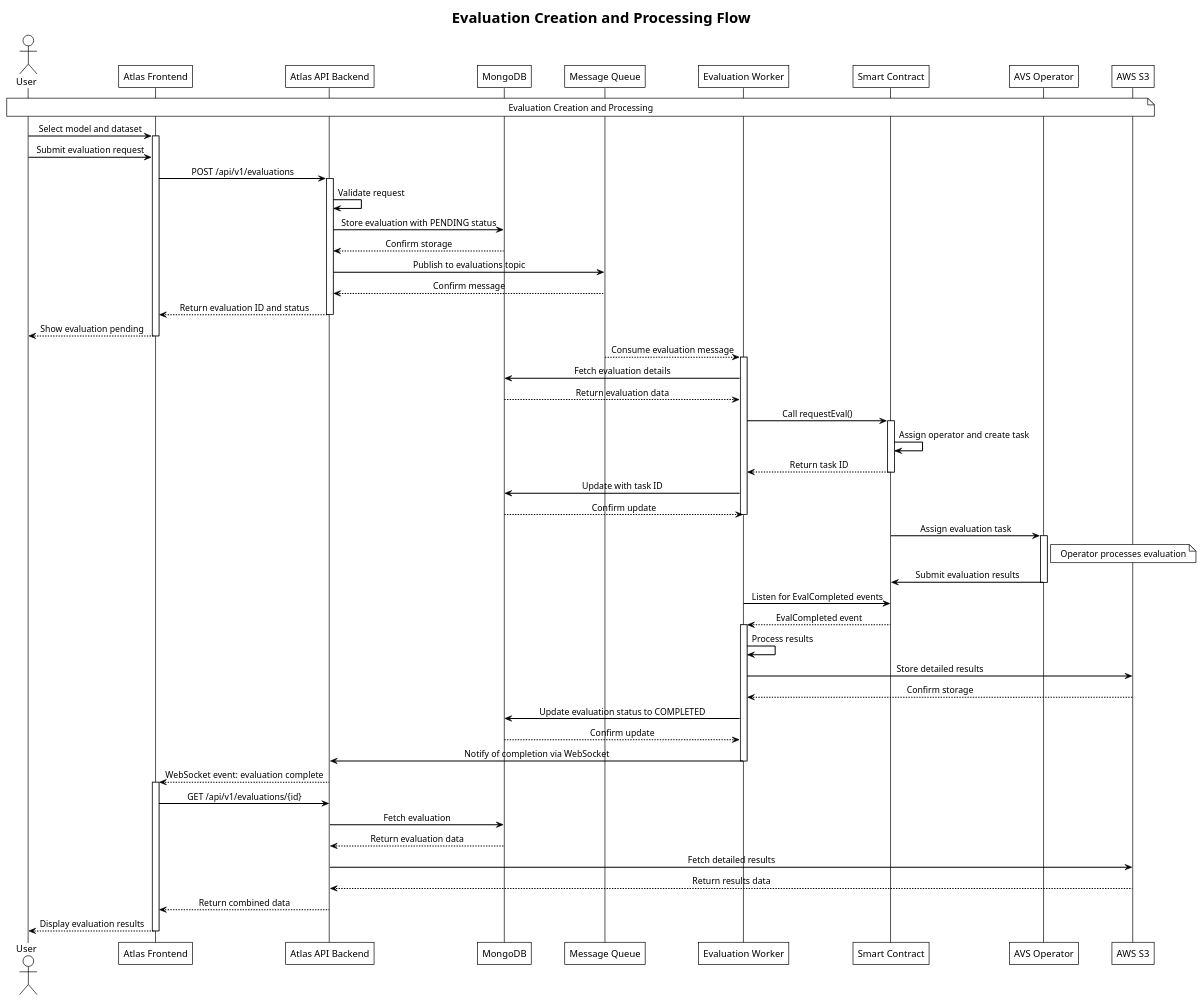
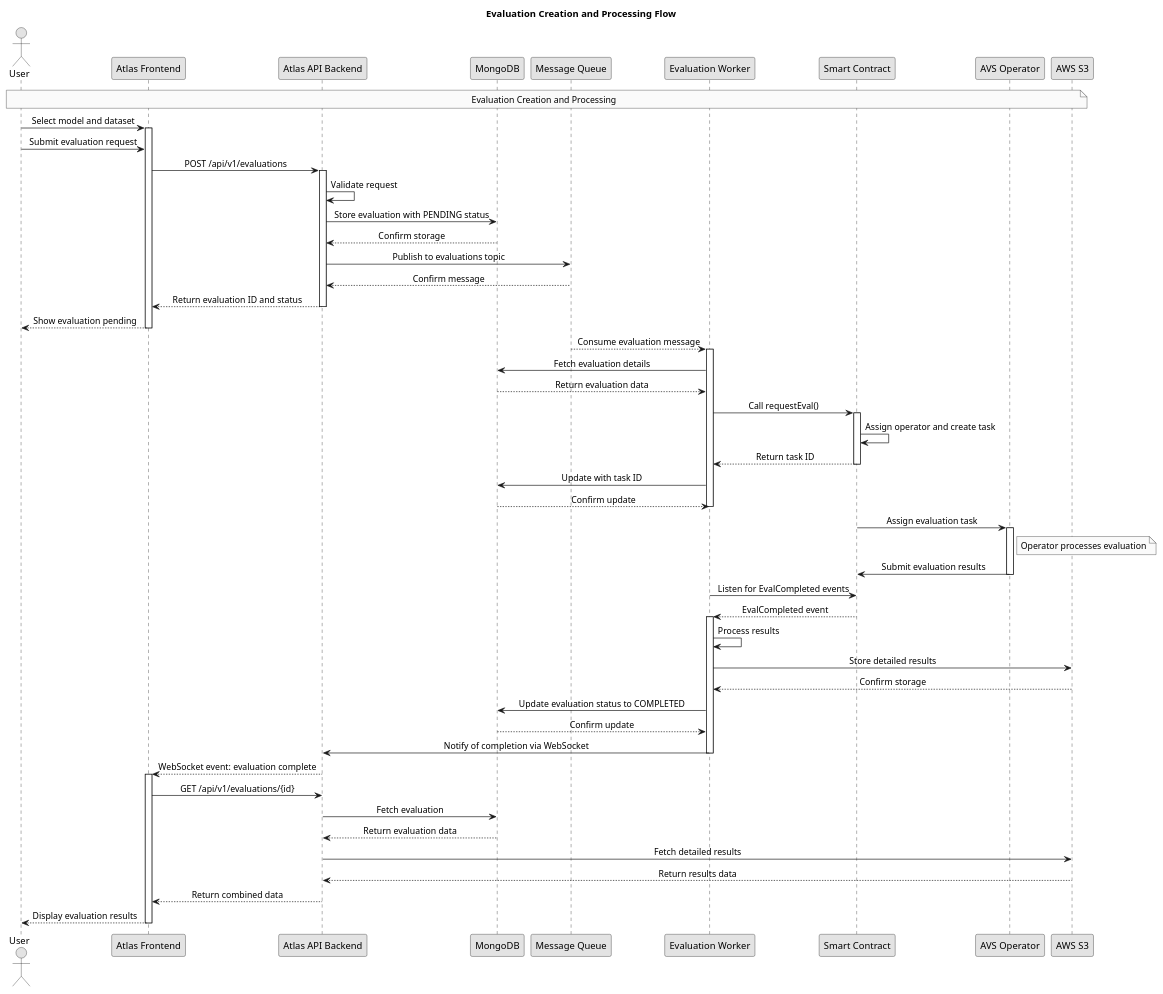
One commit to k-g-j/ll-sequence-diagrams changed the diagram in plantuml-diagrams/atlas-evaluation-flow.puml. Above: the diagram before and after it, drawn with PlantUML. The commit also changed 58 other files, not shown here.

First line of the commit message:
Refactor diagrams system to eliminate wavy lines and improve viewing experience

```diff
--- a/plantuml-diagrams/atlas-evaluation-flow.puml
+++ b/plantuml-diagrams/atlas-evaluation-flow.puml
@@ -1,91 +1,79 @@
 @startuml atlas-evaluation-flow
 
-' Basic styling
-!theme plain
-skinparam backgroundColor white
-skinparam defaultTextAlignment center
-
-' Explicitly disable handwritten mode
+skinparam monochrome true
 skinparam handwritten false
 skinparam shadowing false
-skinparam roundCorner 0
-
-' Force straight lines
-skinparam linetype ortho
-skinparam ParticipantPadding 20
-skinparam SequenceBoxPadding 10
-
-' Make sure lines and fonts are crisp
-skinparam ArrowColor black
-skinparam ArrowThickness 1.5
+skinparam defaultFontName Arial
+skinparam sequenceMessageAlign center
+skinparam linetype polyline
 
 title Evaluation Creation and Processing Flow
 
 actor User
 participant "Atlas Frontend" as Frontend
 participant "Atlas API Backend" as API
 participant "MongoDB" as MongoDB
 participant "Message Queue" as Kafka
 participant "Evaluation Worker" as Worker
 participant "Smart Contract" as Contract
 participant "AVS Operator" as Operator
 participant "AWS S3" as S3
 
 note over User, S3: Evaluation Creation and Processing
 
 User -> Frontend: Select model and dataset
 activate Frontend
 User -> Frontend: Submit evaluation request
 Frontend -> API: POST /api/v1/evaluations
 activate API
 API -> API: Validate request
 API -> MongoDB: Store evaluation with PENDING status
 MongoDB --> API: Confirm storage
 API -> Kafka: Publish to evaluations topic
 Kafka --> API: Confirm message
 API --> Frontend: Return evaluation ID and status
 deactivate API
 Frontend --> User: Show evaluation pending
 deactivate Frontend
 
 Kafka --> Worker: Consume evaluation message
 activate Worker
 Worker -> MongoDB: Fetch evaluation details
 MongoDB --> Worker: Return evaluation data
 Worker -> Contract: Call requestEval()
 activate Contract
 Contract -> Contract: Assign operator and create task
 Contract --> Worker: Return task ID
 deactivate Contract
 Worker -> MongoDB: Update with task ID
 MongoDB --> Worker: Confirm update
 deactivate Worker
 
 Contract -> Operator: Assign evaluation task
 activate Operator
 note right of Operator: Operator processes evaluation
 Operator -> Contract: Submit evaluation results
 deactivate Operator
 
 Worker -> Contract: Listen for EvalCompleted events
 Contract --> Worker: EvalCompleted event
 activate Worker
 Worker -> Worker: Process results
 Worker -> S3: Store detailed results
 S3 --> Worker: Confirm storage
 Worker -> MongoDB: Update evaluation status to COMPLETED
 MongoDB --> Worker: Confirm update
 Worker -> API: Notify of completion via WebSocket
 deactivate Worker
 
 API --> Frontend: WebSocket event: evaluation complete
 activate Frontend
 Frontend -> API: GET /api/v1/evaluations/{id}
 API -> MongoDB: Fetch evaluation
 MongoDB --> API: Return evaluation data
 API -> S3: Fetch detailed results
 S3 --> API: Return results data
 API --> Frontend: Return combined data
 Frontend --> User: Display evaluation results
 deactivate Frontend
 @enduml
```
